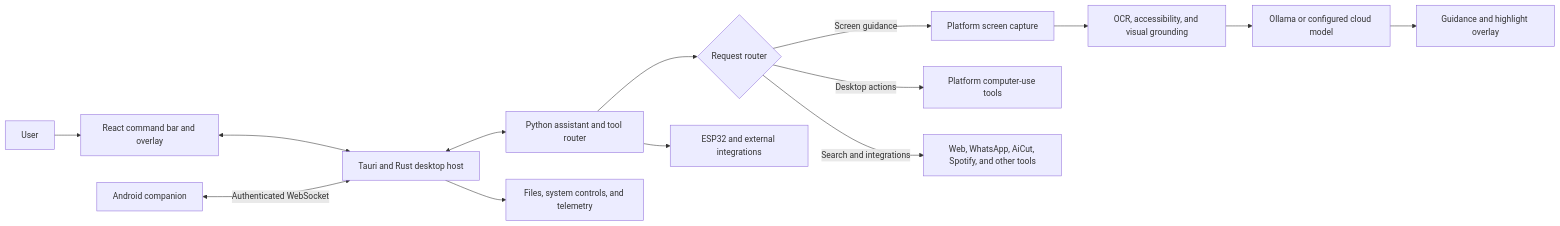
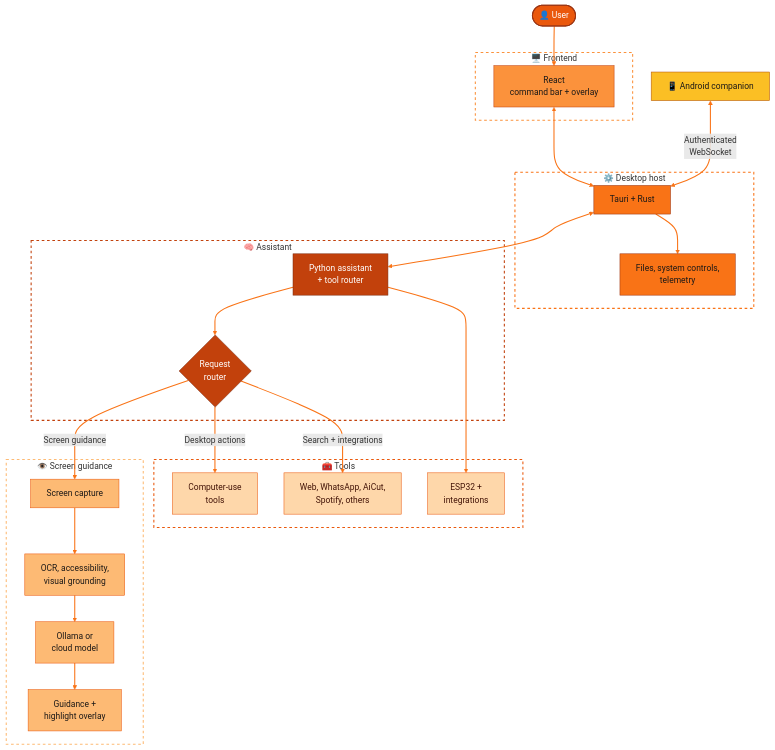
The diagram in README.md (KingSahil/Blinky), drawn with Mermaid before and after one commit. The commit also changed other lines of this file, not shown here.

Commit message:
Revise README with new images and architecture diagram
Updated README to enhance visuals and showcase architecture.

````diff
--- a/README.md
+++ b/README.md
@@ -70,18 +81,70 @@
 ```mermaid
-flowchart LR
-    U[User] --> UI[React command bar and overlay]
-    UI <--> T[Tauri and Rust desktop host]
-    T <--> P[Python assistant and tool router]
+flowchart TD
+    U(["👤 User"])
 
-    P --> R{Request router}
-    R -->|Screen guidance| C[Platform screen capture]
-    C --> O[OCR, accessibility, and visual grounding]
-    O --> AI[Ollama or configured cloud model]
-    AI --> H[Guidance and highlight overlay]
-    R -->|Desktop actions| A[Platform computer-use tools]
-    R -->|Search and integrations| X[Web, WhatsApp, AiCut, Spotify, and other tools]
+    subgraph FRONT["🖥️ Frontend"]
+        UI["React<br/>command bar + overlay"]
+    end
 
-    M[Android companion] <-->|Authenticated WebSocket| T
-    T --> F[Files, system controls, and telemetry]
-    P --> I[ESP32 and external integrations]
+    subgraph HOST["⚙️ Desktop host"]
+        T["Tauri + Rust"]
+        F["Files, system controls,<br/>telemetry"]
+    end
+
+    subgraph BRAIN["🧠 Assistant"]
+        P["Python assistant<br/>+ tool router"]
+        R{"Request<br/>router"}
+    end
+
+    subgraph VISION["👁️ Screen guidance"]
+        C["Screen capture"]
+        O["OCR, accessibility,<br/>visual grounding"]
+        AI["Ollama or<br/>cloud model"]
+        H["Guidance +<br/>highlight overlay"]
+        C --> O --> AI --> H
+    end
+
+    subgraph TOOLS["🧰 Tools"]
+        A["Computer-use<br/>tools"]
+        X["Web, WhatsApp, AiCut,<br/>Spotify, others"]
+        I["ESP32 +<br/>integrations"]
+    end
+
+    M["📱 Android companion"]
+
+    U --> UI
+    UI <--> T
+    T <--> P
+    T --> F
+    M <-->|"Authenticated<br/>WebSocket"| T
+
+    P --> R
+    P --> I
+    R -->|"Screen guidance"| C
+    R -->|"Desktop actions"| A
+    R -->|"Search + integrations"| X
+
+    classDef user fill:#ea580c,stroke:#9a3412,color:#fff,stroke-width:2px
+    classDef front fill:#fb923c,stroke:#c2410c,color:#1c1917
+    classDef host fill:#f97316,stroke:#9a3412,color:#1c1917
+    classDef brain fill:#c2410c,stroke:#7c2d12,color:#fff
+    classDef vision fill:#fdba74,stroke:#ea580c,color:#1c1917
+    classDef tool fill:#fed7aa,stroke:#ea580c,color:#431407
+    classDef mobile fill:#fbbf24,stroke:#b45309,color:#1c1917
+
+    class U user
+    class UI front
+    class T,F host
+    class P,R brain
+    class C,O,AI,H vision
+    class A,X,I tool
+    class M mobile
+
+    linkStyle default stroke:#f97316,stroke-width:2px
+
+    style FRONT fill:none,stroke:#fb923c,stroke-width:2px,stroke-dasharray:5 5
+    style HOST fill:none,stroke:#f97316,stroke-width:2px,stroke-dasharray:5 5
+    style BRAIN fill:none,stroke:#c2410c,stroke-width:2px,stroke-dasharray:5 5
+    style VISION fill:none,stroke:#fdba74,stroke-width:2px,stroke-dasharray:5 5
+    style TOOLS fill:none,stroke:#ea580c,stroke-width:2px,stroke-dasharray:5 5
 ```
````
